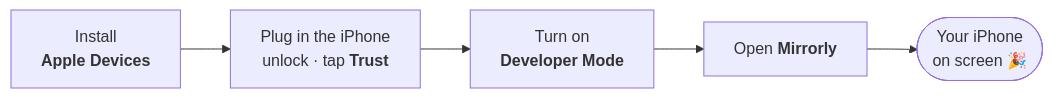
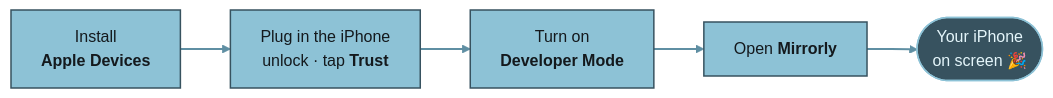
Before and after one commit to AnasSAV/mirrorly: the diagram in README.md, drawn with Mermaid. The commit also changed other lines of this file and 10 other files, not shown here.

````diff
--- a/README.md
+++ b/README.md
@@ -125,7 +125,12 @@
 ```mermaid
 flowchart LR
     A["Install<br/><b>Apple Devices</b>"] --> B["Plug in the iPhone<br/>unlock · tap <b>Trust</b>"]
     B --> C["Turn on<br/><b>Developer Mode</b>"]
     C --> D["Open <b>Mirrorly</b>"]
     D --> E(["Your iPhone<br/>on screen 🎉"])
+    classDef step fill:#8DC2D6,stroke:#37525F,stroke-width:1.5px,color:#14191D
+    classDef done fill:#37525F,stroke:#8DC2D6,stroke-width:1.5px,color:#E4F5FA
+    class A,B,C,D step
+    class E done
+    linkStyle default stroke:#5F8FA3,stroke-width:2px
 ```
````
